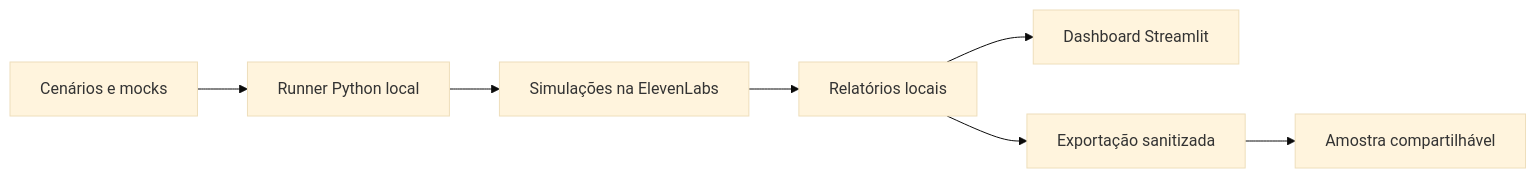
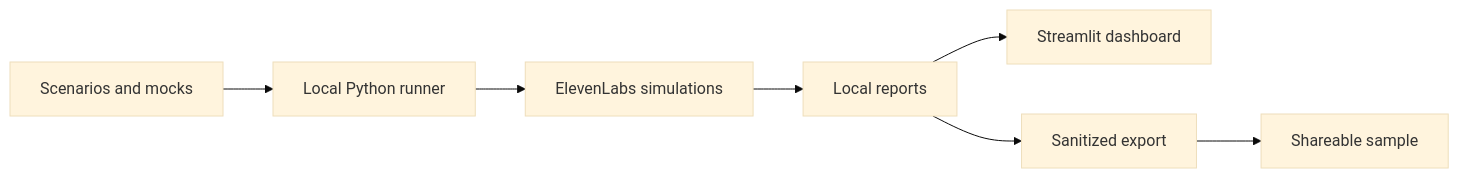
One commit to CarlosEZanardo/elevenlabs-agent-evals changed the diagram in README.md. Above: the diagram before and after it, drawn with Mermaid (base theme). The commit also changed other lines of this file and 195 other files, not shown here.

````diff
--- a/README.md
+++ b/README.md
@@ -29,9 +31,9 @@
 ```mermaid
 flowchart LR
-    A[Cenários e mocks] --> B[Runner Python local]
-    B --> C[Simulações na ElevenLabs]
-    C --> D[Relatórios locais]
-    D --> E[Dashboard Streamlit]
-    D --> F[Exportação sanitizada]
-    F --> G[Amostra compartilhável]
+    A[Scenarios and mocks] --> B[Local Python runner]
+    B --> C[ElevenLabs simulations]
+    C --> D[Local reports]
+    D --> E[Streamlit dashboard]
+    D --> F[Sanitized export]
+    F --> G[Shareable sample]
 ```
````
